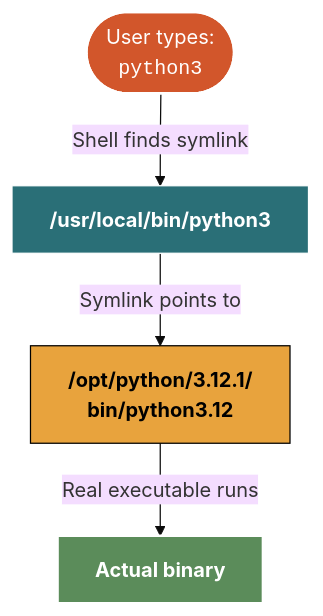
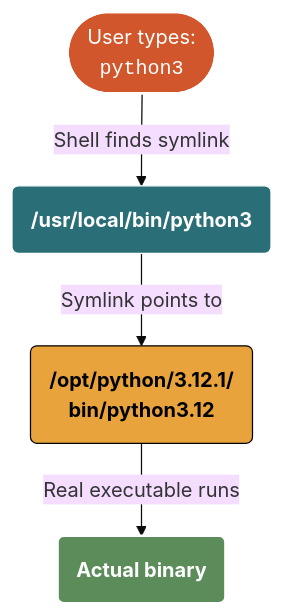
One commit to mjfrigaard/do4ds-labs changed the second of 6 diagrams in install-apps.qmd. Above: the diagram before and after it, drawn with Mermaid. The commit also changed other lines of this file and 69 other files, not shown here.

Commit message:
style review fixes; mermaid look; lab07 model scripts and workflow deps

````diff
--- a/install-apps.qmd
+++ b/install-apps.qmd
@@ -142,21 +142,21 @@
 ```{mermaid}
 %%| fig-cap: 'Symlink Resolution'
 %%| fig-width: 7.0
 %%| fig-align: 'center'
-%%{init: {'theme': 'base', 'themeVariables': {'fontFamily': 'monospace'}}}%%
+%%{init: {'theme': 'base', 'look': 'classic', 'themeVariables': {'fontFamily': 'monospace'}}}%%
 
 graph TD
     User(["User types:<br/><code>python3</code>"])
-    Link["<strong>/usr/local/bin/python3</strong>"]
-    Points["<strong>/opt/python/3.12.1/<br>bin/python3.12</strong>"]
-    Real["<strong>Actual binary</strong>"]
+    Link("<strong>/usr/local/bin/python3</strong>")
+    Points("<strong>/opt/python/3.12.1/<br>bin/python3.12</strong>")
+    Real("<strong>Actual binary</strong>")
 
     User --"Shell finds symlink"--> Link
     Link --"Symlink points to"--> Points
     Points --"Real executable runs"--> Real
 
     style User fill:#d2562b,stroke:#fff,stroke-width:2px,color:#fff
     style Link fill:#2a6f77,stroke:#fff,stroke-width:1px,color:#fff
     style Points fill:#e8a33d,stroke:#000,stroke-width:1px,color:#000
     style Real fill:#5b8c5a,stroke:#fff,stroke-width:2px,color:#fff
 ```
````
